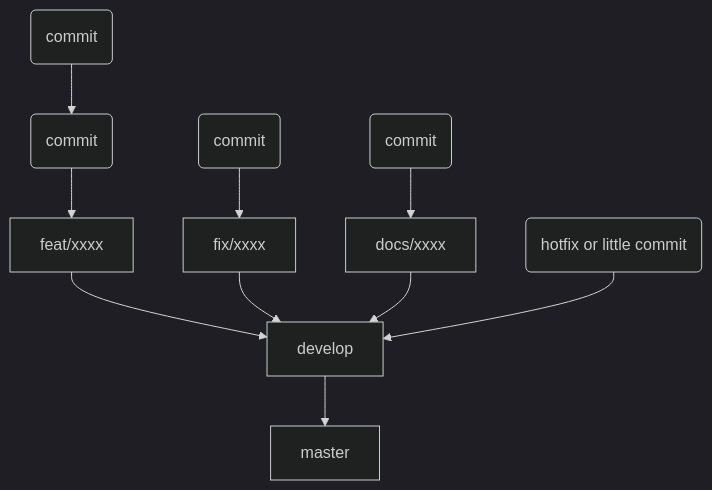
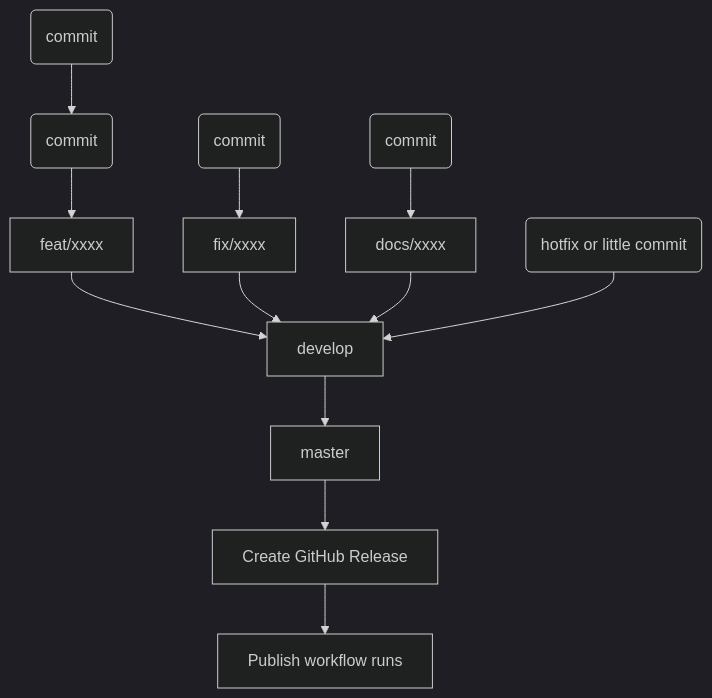
One commit to T-b-t-nchos/sshhub changed the diagram in CONTRIBUTING.md. Above: the diagram before and after it, drawn with Mermaid (dark theme).

Commit message:
docs: Fix flowchart

````diff
--- a/CONTRIBUTING.md
+++ b/CONTRIBUTING.md
@@ -10,12 +10,14 @@
 ```mermaid
 flowchart TD
     H1(commit) --> G1
     G1(commit) --> F1
     F1[feat/xxxx] --> D[develop]
     G2(commit) --> F2
     F2[fix/xxxx] --> D
     G3(commit) --> F3
     F3[docs/xxxx] --> D
     F4(hotfix or little commit) --> D
     D --> M[master]
+    M --> R[Create GitHub Release]
+    R --> P[Publish workflow runs]
 ```
````
